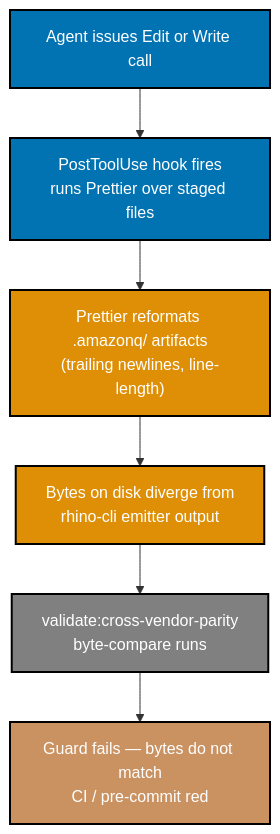
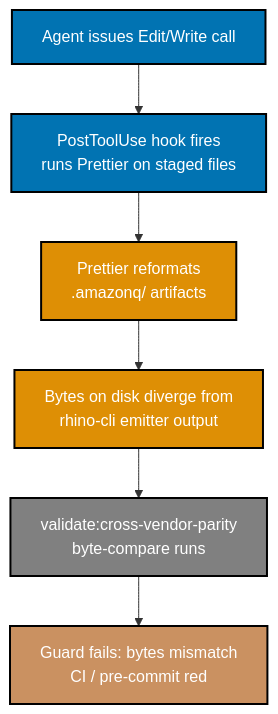
Before and after one commit to wahidyankf/baseerah: the diagram in docs/explanation/post-mortems/2026-05-03-amazonq-bindings-prettier-parity-guard-break.md, drawn with Mermaid. The commit also changed 27 other files, not shown here.

````diff
--- a/docs/explanation/post-mortems/2026-05-03-amazonq-bindings-prettier-parity-guard-break.md
+++ b/docs/explanation/post-mortems/2026-05-03-amazonq-bindings-prettier-parity-guard-break.md
@@ -70,23 +70,23 @@
 ```mermaid
 %% Color palette: Blue #0173B2, Orange #DE8F05, Teal #029E73, Brown #CA9161, Gray #808080
 %% All colors are color-blind friendly and meet WCAG AA contrast standards
 graph TD
-    Edit["Agent issues Edit or Write call"]:::blue
-    Hook["PostToolUse hook fires<br/>runs Prettier over staged files"]:::blue
-    Rewrite["Prettier reformats .amazonq/ artifacts<br/>#40;trailing newlines, line-length#41;"]:::orange
+    Edit["Agent issues Edit/Write call"]:::blue
+    Hook["PostToolUse hook fires<br/>runs Prettier on staged files"]:::blue
+    Rewrite["Prettier reformats<br/>.amazonq/ artifacts"]:::orange
     Bytes["Bytes on disk diverge from<br/>rhino-cli emitter output"]:::orange
     Guard["validate:cross-vendor-parity<br/>byte-compare runs"]:::gray
-    Fail["Guard fails — bytes do not match<br/>CI / pre-commit red"]:::brown
+    Fail["Guard fails: bytes mismatch<br/>CI / pre-commit red"]:::brown
 
     Edit --> Hook
     Hook --> Rewrite
     Rewrite --> Bytes
     Bytes --> Guard
     Guard --> Fail
 
     classDef blue fill:#0173B2,stroke:#000000,color:#FFFFFF,stroke-width:2px
     classDef orange fill:#DE8F05,stroke:#000000,color:#FFFFFF,stroke-width:2px
     classDef teal fill:#029E73,stroke:#000000,color:#FFFFFF,stroke-width:2px
     classDef brown fill:#CA9161,stroke:#000000,color:#FFFFFF,stroke-width:2px
     classDef gray fill:#808080,stroke:#000000,color:#FFFFFF,stroke-width:2px
 ```
````
